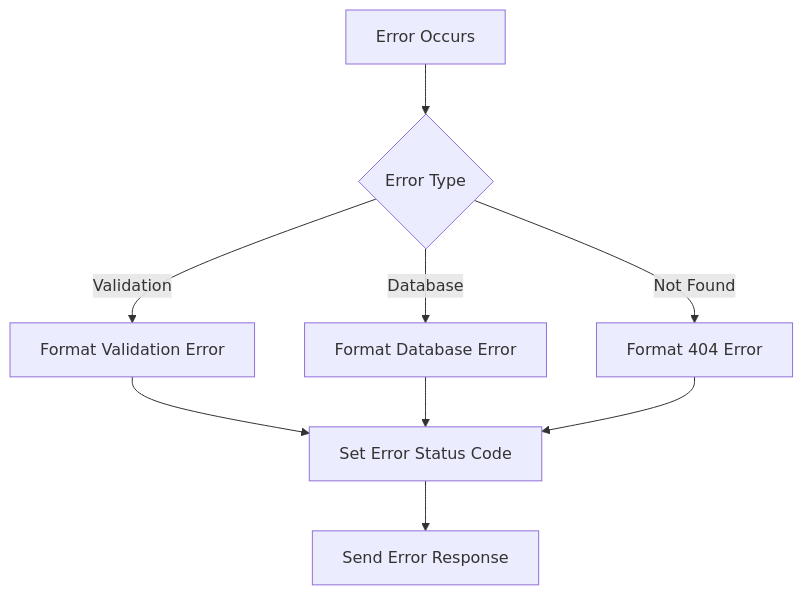
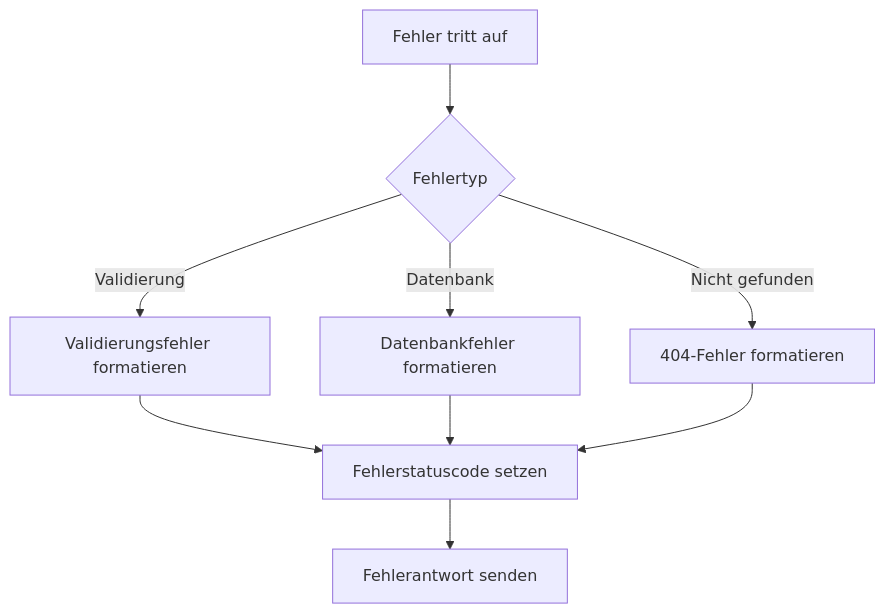
Before and after one commit to secure73/MicrosPy: the third of 4 diagrams in DOCUMENTATION.de.md, drawn with Mermaid. The commit also changed other lines of this file, not shown here.

````diff
--- a/DOCUMENTATION.de.md
+++ b/DOCUMENTATION.de.md
@@ -544,11 +543,11 @@
 ```mermaid
 graph TD
-    A[Error Occurs] --> B{Error Type}
-    B -->|Validation| C[Format Validation Error]
-    B -->|Database| D[Format Database Error]
-    B -->|Not Found| E[Format 404 Error]
-    C --> F[Set Error Status Code]
+    A[Fehler tritt auf] --> B{Fehlertyp}
+    B -->|Validierung| C[Validierungsfehler formatieren]
+    B -->|Datenbank| D[Datenbankfehler formatieren]
+    B -->|Nicht gefunden| E[404-Fehler formatieren]
+    C --> F[Fehlerstatuscode setzen]
     D --> F
     E --> F
-    F --> G[Send Error Response]
+    F --> G[Fehlerantwort senden]
 ```
````
